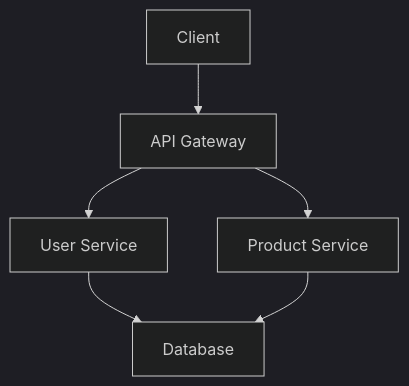
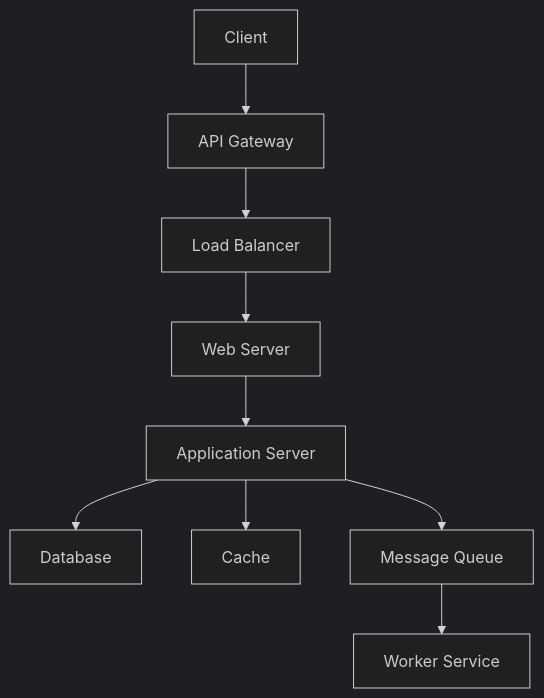
One commit to VrushankPatel/interview-matters changed the first of 2 diagrams in lld-hld-basics/README.md. Above: the diagram before and after it, drawn with Mermaid (dark theme). The commit also changed other lines of this file and 1 other file, not shown here.

````diff
--- a/lld-hld-basics/README.md
+++ b/lld-hld-basics/README.md
@@ -59,8 +30,11 @@
 ```mermaid
-graph TD
+graph TB
     A[Client] --> B[API Gateway]
-    B --> C[User Service]
-    B --> D[Product Service]
-    C --> E[Database]
-    D --> E
+    B --> C[Load Balancer]
+    C --> D[Web Server]
+    D --> E[Application Server]
+    E --> F[Database]
+    E --> G[Cache]
+    E --> H[Message Queue]
+    H --> I[Worker Service]
 ```
````
